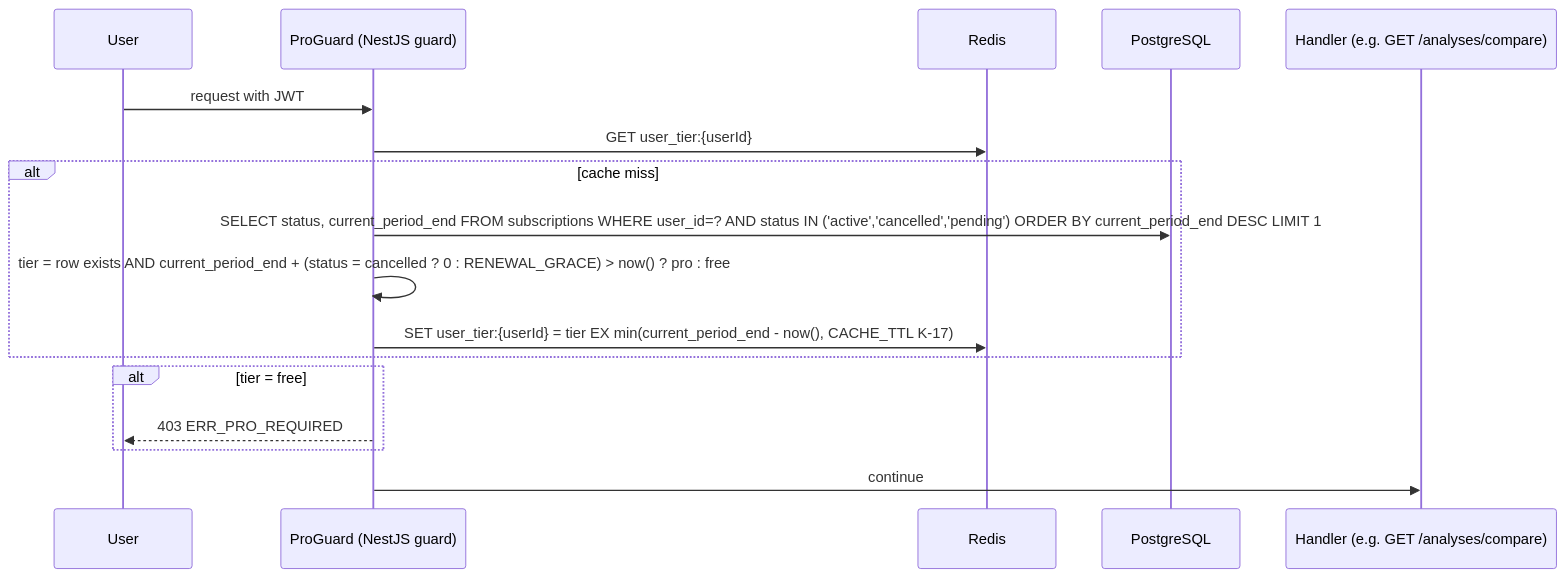
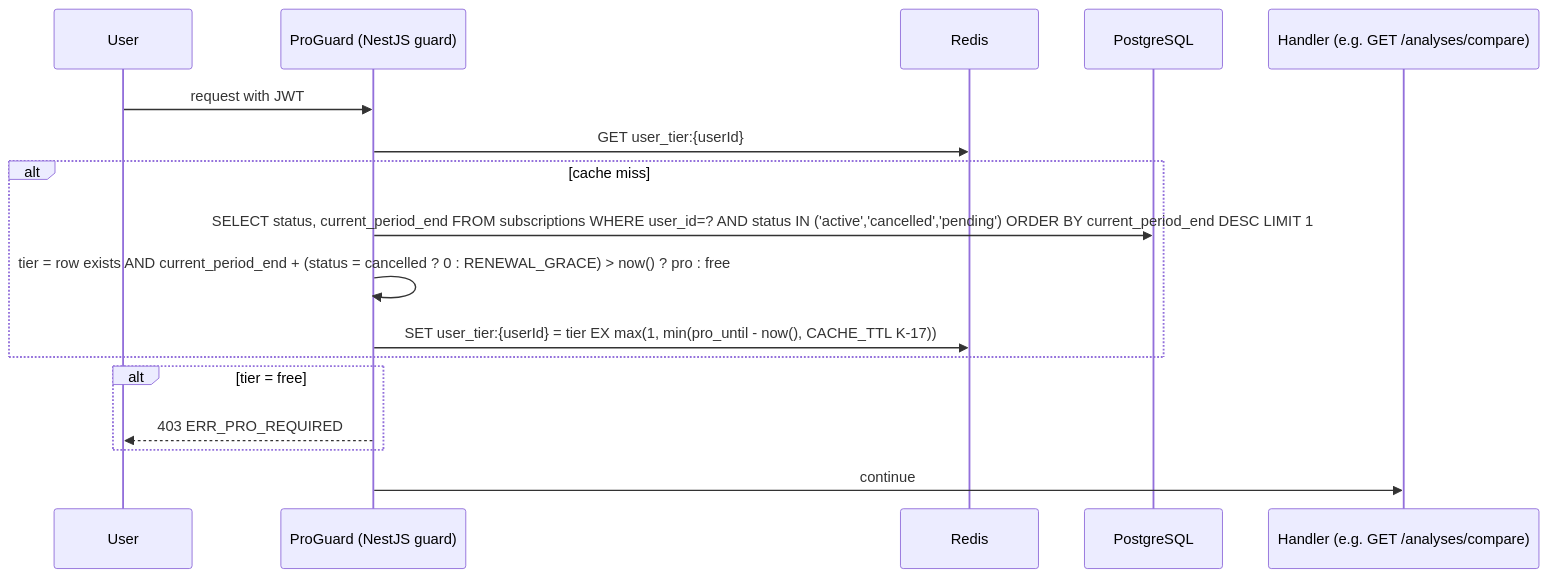
The fifth of 6 diagrams in sovan/spec.md (divii-school/spec-homework), drawn with Mermaid before and after one commit. The commit also changed other lines of this file, not shown here.

````diff
--- a/sovan/spec.md
+++ b/sovan/spec.md
@@ -549,20 +550,20 @@
 ```mermaid
 sequenceDiagram
     participant U as User
     participant G as ProGuard (NestJS guard)
     participant R as Redis
     participant DB as PostgreSQL
     participant H as Handler (e.g. GET /analyses/compare)
 
     U->>G: request with JWT
     G->>R: GET user_tier:{userId}
     alt cache miss
         G->>DB: SELECT status, current_period_end FROM subscriptions WHERE user_id=? AND status IN ('active','cancelled','pending') ORDER BY current_period_end DESC LIMIT 1
         G->>G: tier = row exists AND current_period_end + (status = cancelled ? 0 : RENEWAL_GRACE) > now() ? pro : free
-        G->>R: SET user_tier:{userId} = tier EX min(current_period_end - now(), CACHE_TTL K-17)
+        G->>R: SET user_tier:{userId} = tier EX max(1, min(pro_until - now(), CACHE_TTL K-17))
     end
     alt tier = free
         G-->>U: 403 ERR_PRO_REQUIRED
     end
     G->>H: continue
 ```
````
